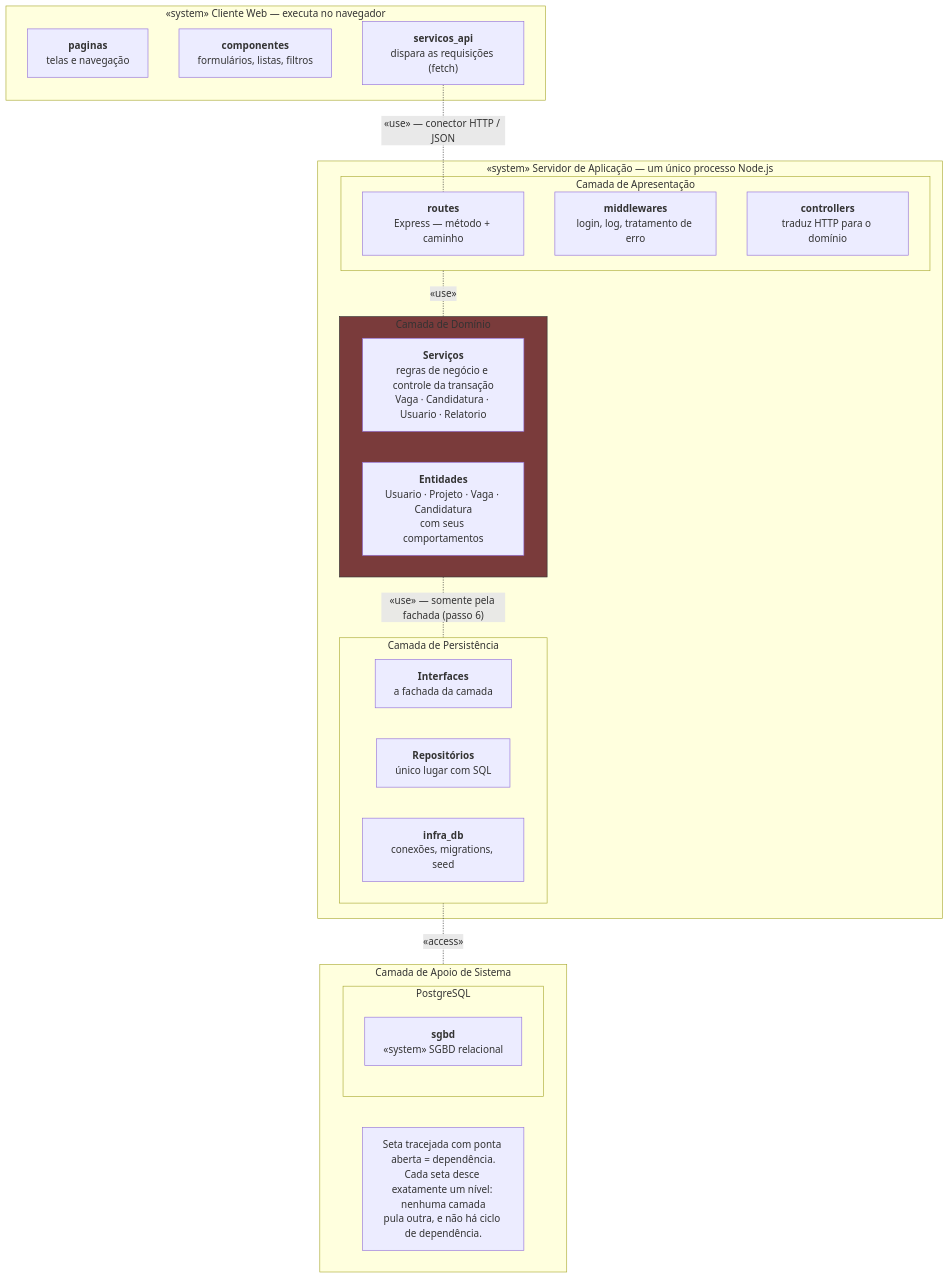
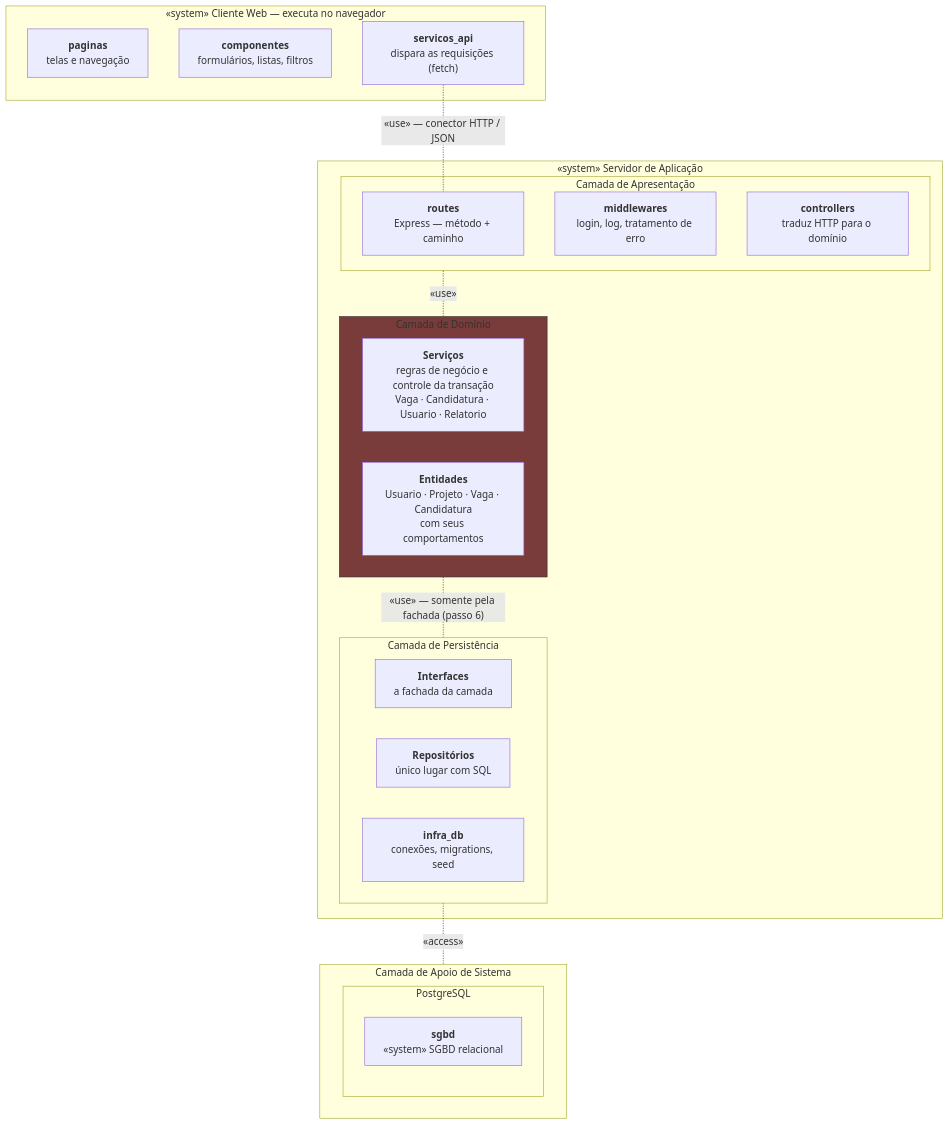
Before and after one commit to joaopaulo902/software-engineering-proj: the diagram in README.md, drawn with Mermaid. The commit also changed other lines of this file, not shown here.

Commit message:
Detail architecture specifications

````diff
--- a/README.md
+++ b/README.md
@@ -12,46 +12,45 @@
 ```mermaid
 flowchart TB
 
    subgraph ClienteWeb ["&laquo;system&raquo; Cliente Web — executa no navegador"]
       paginas["<b>paginas</b><br>telas e navegação"]
       componentes["<b>componentes</b><br>formulários, listas, filtros"]
       servicos_api["<b>servicos_api</b><br>dispara as requisições (fetch)"]
    end
 
-   subgraph ServidorAplicacao ["&laquo;system&raquo; Servidor de Aplicação — um único processo Node.js"]
+   subgraph ServidorAplicacao ["&laquo;system&raquo; Servidor de Aplicação"]
 
       subgraph Apresentacao ["Camada de Apresentação"]
          routes["<b>routes</b><br>Express — método + caminho"]
          middlewares["<b>middlewares</b><br>login, log, tratamento de erro"]
          controllers["<b>controllers</b><br>traduz HTTP para o domínio"]
       end
 
       subgraph Dominio ["Camada de Domínio"]
          Servicos["<b>Serviços</b><br>regras de negócio e controle da transação<br>Vaga · Candidatura · Usuario · Relatorio"]
          Entidades["<b>Entidades</b><br>Usuario · Projeto · Vaga · Candidatura<br>com seus comportamentos"]
       end
 
       subgraph Persistencia ["Camada de Persistência"]
          Interfaces["<b>Interfaces</b><br>a fachada da camada"]
          Repositorios["<b>Repositórios</b><br>único lugar com SQL"]
          infra_db["<b>infra_db</b><br>conexões, migrations, seed"]
       end
 
    end
 
    subgraph Apoio ["Camada de Apoio de Sistema"]
       subgraph postgres ["PostgreSQL"]
          sgbd["<b>sgbd</b><br>&laquo;system&raquo; SGBD relacional"]
       end
-      note1["Seta tracejada com ponta aberta = dependência.<br>Cada seta desce exatamente um nível: nenhuma camada<br>pula outra, e não há ciclo de dependência."]
    end
 
 %% Relacionamentos (Conectando os nós internos diretos)
    servicos_api -.- |"&laquo;use&raquo; — conector HTTP / JSON"| routes
    Apresentacao -.- |"&laquo;use&raquo;"| Dominio
    Dominio -.- |"&laquo;use&raquo; — somente pela fachada (passo 6)"| Persistencia
    Persistencia -.- |"&laquo;access&raquo;"| Apoio
 
 %% Estilização
    style Dominio fill:#7a3b3b,stroke:#333,stroke-width:1px
 ```
````
